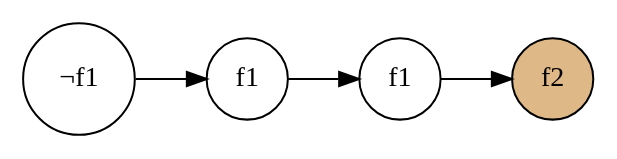
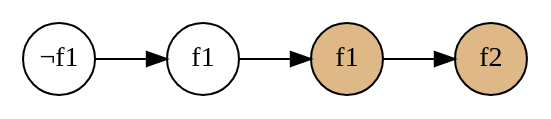
The second of 4 diagrams in src/mc5/mc5.1.md (sinotca529/glab-seminar), drawn with Graphviz before and after one commit. The commit also changed other lines of this file and 2 other files, not shown here.

````diff
--- a/src/mc5/mc5.1.md
+++ b/src/mc5/mc5.1.md
@@ -135,11 +117,11 @@
-```graphviz
+```graphviz {caption="ループ1順後"}
 digraph G {
     graph [rankdir=LR]
-    node [shape=circle, style=filled, fillcolor="white"]
+    node [shape=circle, style=filled, fillcolor="white", fixedsize="true"]
     N0 [label="¬f1"]
     N1 [label="f1"]
-    N2 [label="f1"]
+    N2 [label="f1", fillcolor="burlywood"]
     N3 [label="f2", fillcolor="burlywood"]
     N0 -> N1 -> N2 -> N3
 }
 ```
````
